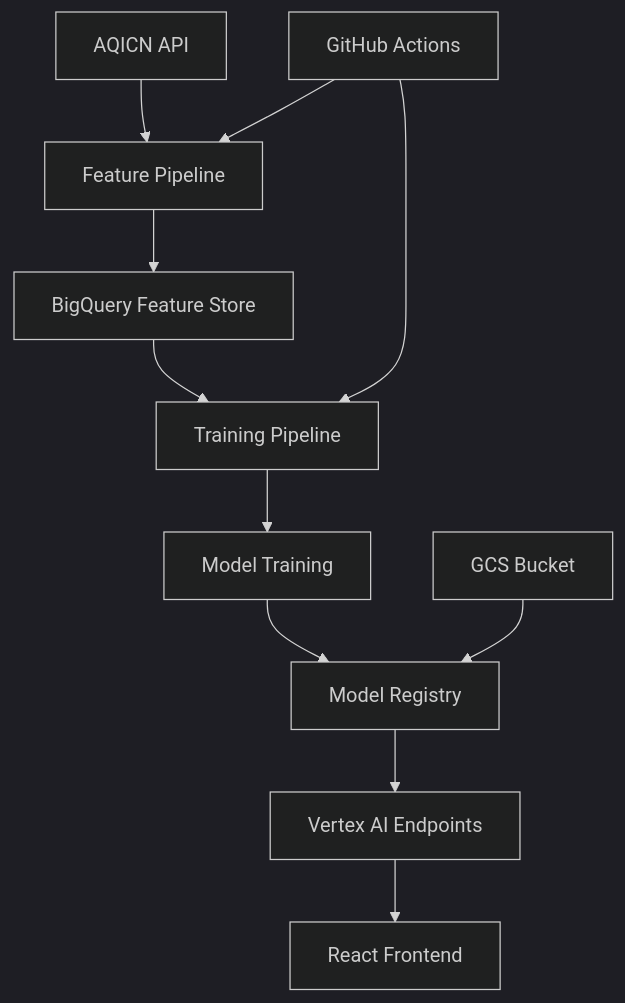
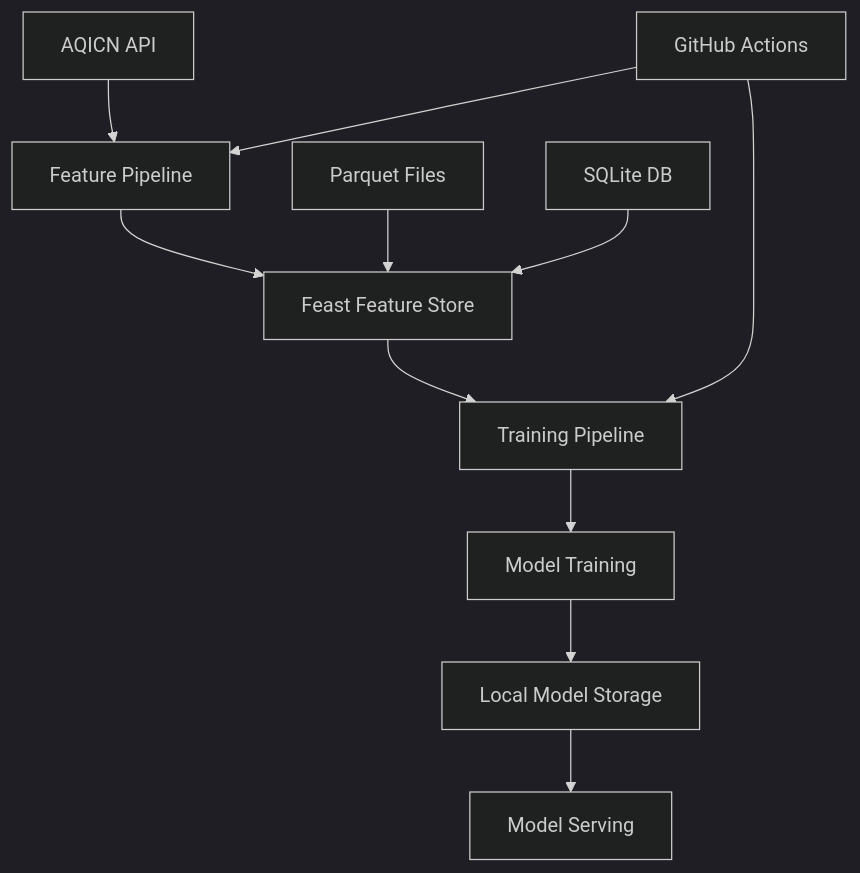
One commit to qudratullah0708/Pearls-AQI-Predictor-Air-Quality-Predictor- changed the diagram in Readme.md. Above: the diagram before and after it, drawn with Mermaid (dark theme). The commit also changed other lines of this file and 19 other files, not shown here.

Commit message:
Migrate to Feast Feature Store

````diff
--- a/Readme.md
+++ b/Readme.md
@@ -17,15 +17,15 @@
 ```mermaid
 graph TD
     A[AQICN API] --> B[Feature Pipeline]
-    B --> C[BigQuery Feature Store]
+    B --> C[Feast Feature Store]
     C --> D[Training Pipeline]
     D --> E[Model Training]
-    E --> F[Model Registry]
-    F --> G[Vertex AI Endpoints]
-    G --> H[React Frontend]
+    E --> F[Local Model Storage]
+    F --> G[Model Serving]
     
-    I[GitHub Actions] --> B
-    I --> D
+    H[GitHub Actions] --> B
+    H --> D
     
-    J[GCS Bucket] --> F
+    I[Parquet Files] --> C
+    J[SQLite DB] --> C
 ```
````
